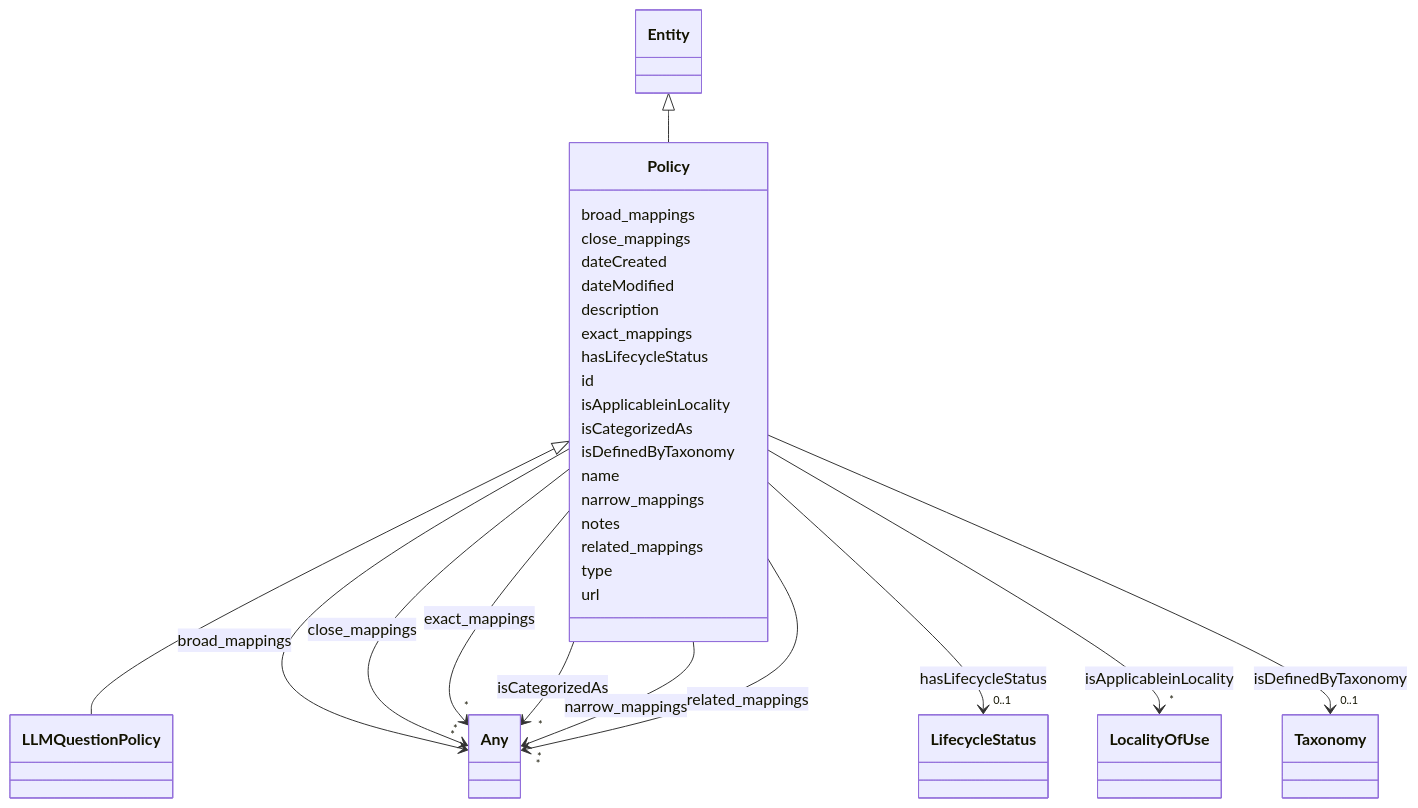
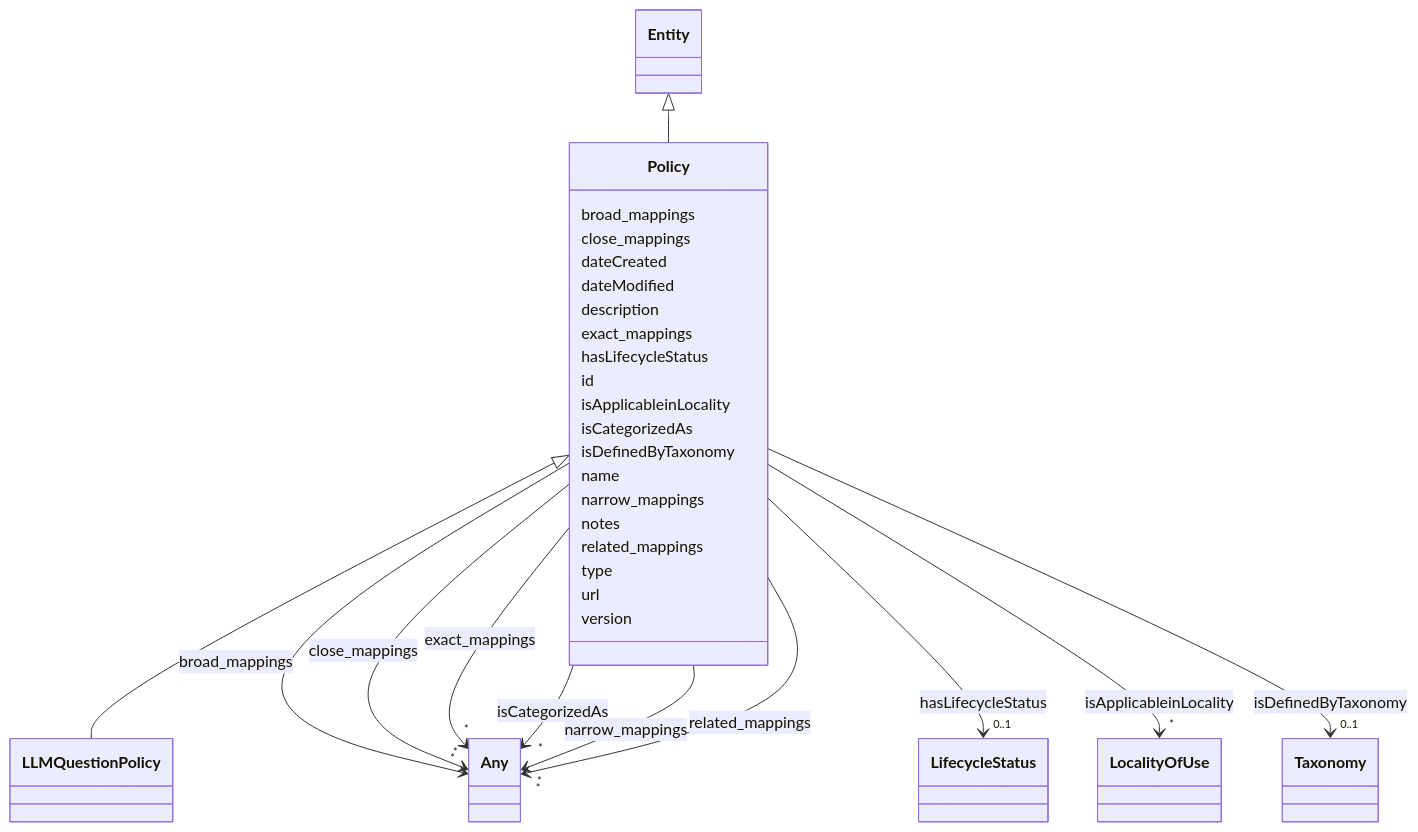
One commit to IBM/ai-atlas-nexus changed the diagram in docs/ontology/Policy.md. Above: the diagram before and after it, drawn with Mermaid. The commit also changed other lines of this file and 101 other files, not shown here.

````diff
--- a/docs/ontology/Policy.md
+++ b/docs/ontology/Policy.md
@@ -140,5 +140,7 @@
 
       Policy : url
 
+      Policy : version
+
 
 ```
````
